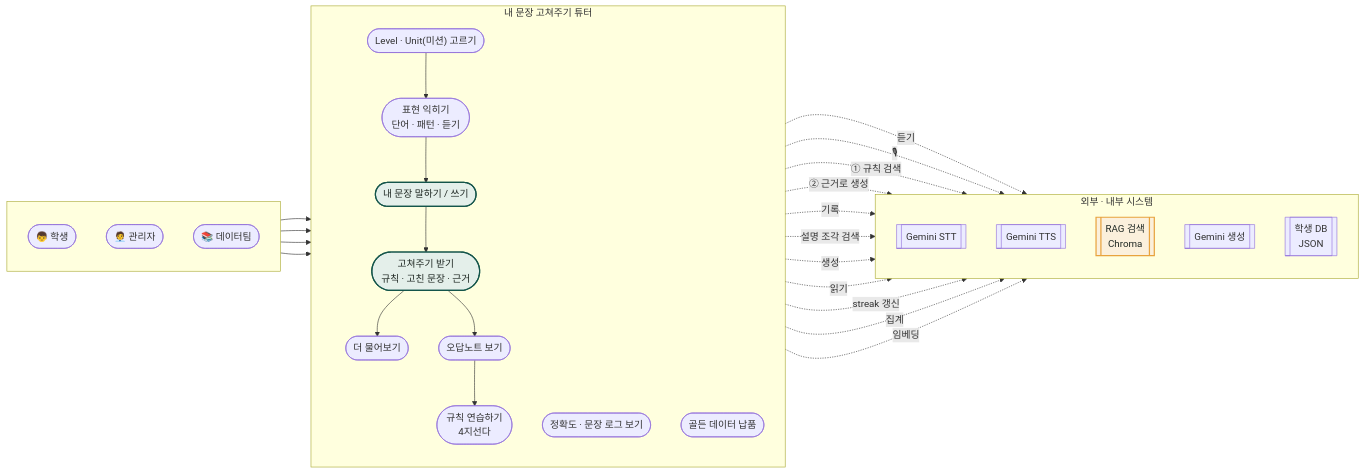
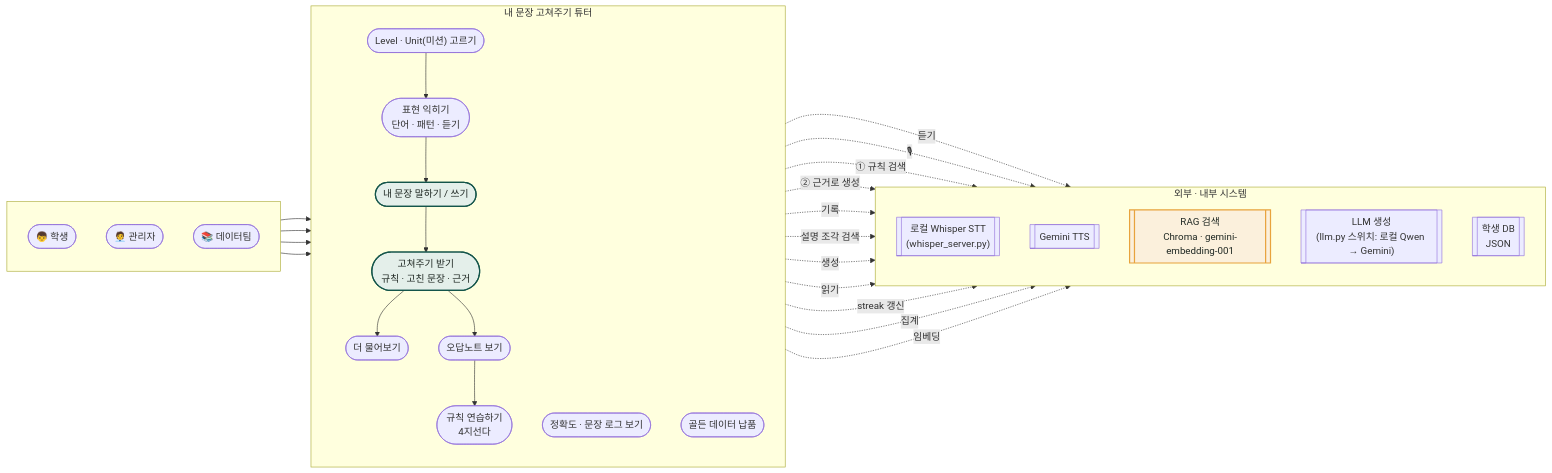
Before and after one commit to izzy215/elem-english-rag: the first of 6 diagrams in docs/plan-B/diagrams.md, drawn with Mermaid. The commit also changed other lines of this file and 8 other files, not shown here.

````diff
--- a/docs/plan-B/diagrams.md
+++ b/docs/plan-B/diagrams.md
@@ -12,55 +12,55 @@
 ```mermaid
 flowchart LR
   subgraph actors[" "]
     direction TB
     S([👦 학생])
     M([🧑‍💼 관리자])
     D([📚 데이터팀])
   end
 
   subgraph app["내 문장 고쳐주기 튜터"]
     direction TB
     UC1(["Level · Unit(미션) 고르기"])
     UC2(["표현 익히기<br/>단어 · 패턴 · 듣기"])
     UC3(["내 문장 말하기 / 쓰기"])
     UC4(["고쳐주기 받기<br/>규칙 · 고친 문장 · 근거"])
     UC5(["더 물어보기"])
     UC6(["오답노트 보기"])
     UC7(["규칙 연습하기<br/>4지선다"])
     UC8(["정확도 · 문장 로그 보기"])
     UC9(["골든 데이터 납품"])
   end
 
   subgraph ext["외부 · 내부 시스템"]
     direction TB
-    STT[["Gemini STT"]]
+    STT[["로컬 Whisper STT<br/>(whisper_server.py)"]]
     TTS[["Gemini TTS"]]
-    RAG[["RAG 검색<br/>Chroma"]]
-    LLM[["Gemini 생성"]]
+    RAG[["RAG 검색<br/>Chroma · gemini-embedding-001"]]
+    LLM[["LLM 생성<br/>(llm.py 스위치: 로컬 Qwen → Gemini)"]]
     DB[["학생 DB<br/>JSON"]]
   end
 
   S --> UC1 --> UC2 --> UC3 --> UC4 --> UC5
   UC4 --> UC6 --> UC7
   S --> UC6
   M --> UC8
   D --> UC9
 
   UC2 -. 듣기 .-> TTS
   UC3 -. 🎙 .-> STT
   UC4 -. "① 규칙 검색" .-> RAG
   UC4 -. "② 근거로 생성" .-> LLM
   UC4 -. 기록 .-> DB
   UC5 -. 설명 조각 검색 .-> RAG
   UC5 -. 생성 .-> LLM
   UC6 -. 읽기 .-> DB
   UC7 -. streak 갱신 .-> DB
   UC8 -. 집계 .-> DB
   UC9 -. 임베딩 .-> RAG
 
   %% 밝은 배경을 칠한 노드는 글자색을 직접 지정해야 다크 모드에서도 보임
   classDef core fill:#E4EFEA,stroke:#14554A,stroke-width:2px,color:#1F2823
   classDef rag fill:#FBF0DC,stroke:#E8A33D,stroke-width:2px,color:#1F2823
   class UC3,UC4 core
   class RAG rag
 ```
````
